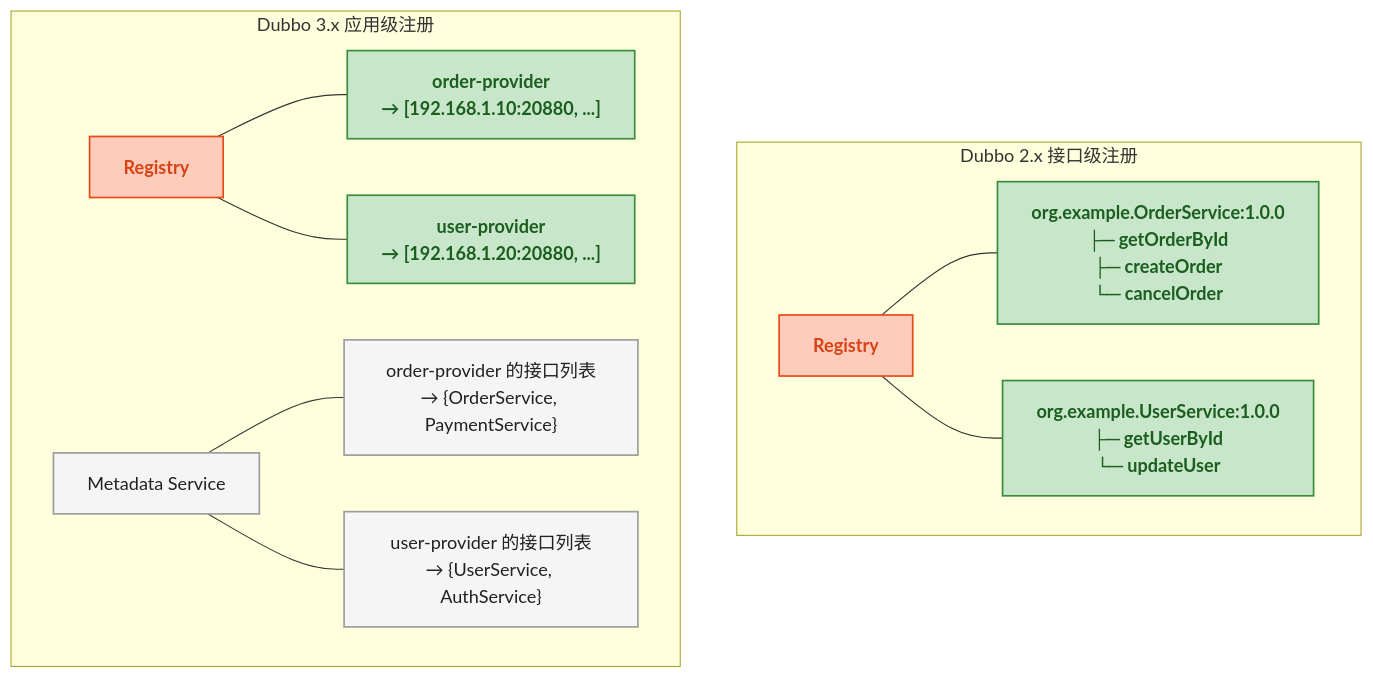
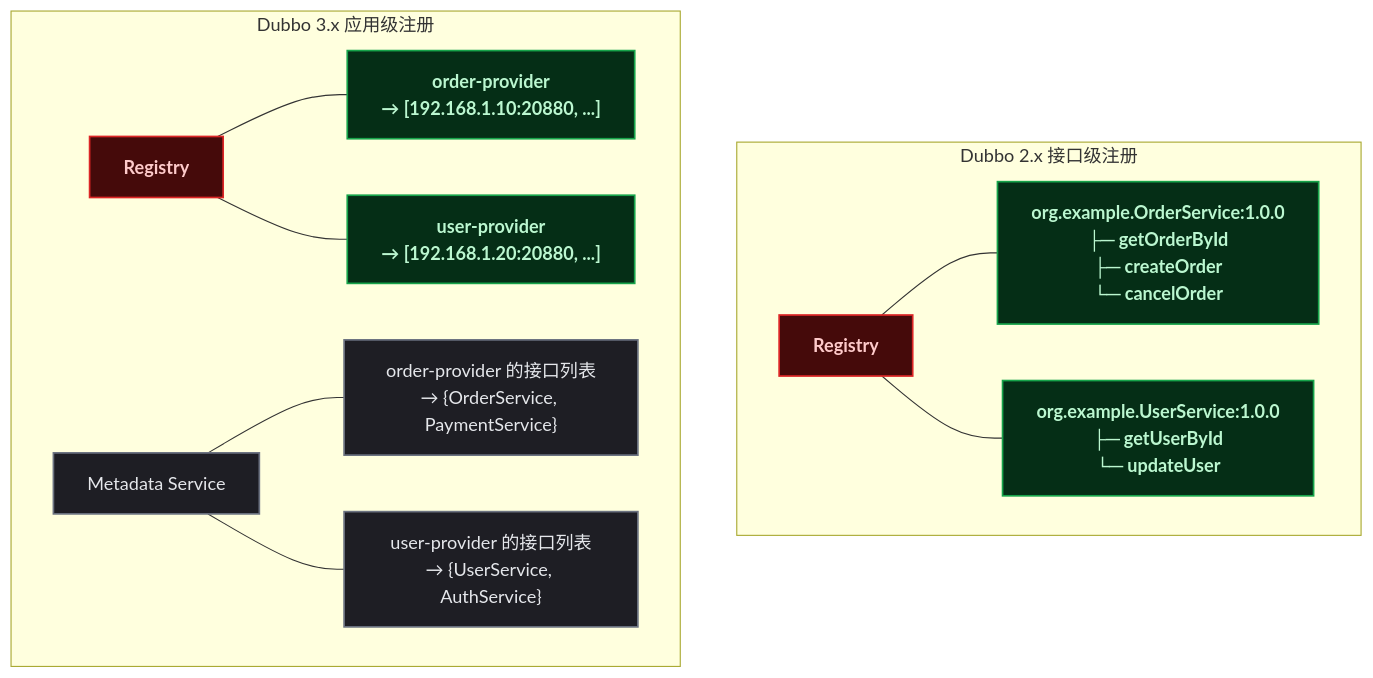
One commit to yaocat55/yaocat55.github.io changed the second of 2 diagrams in content/posts/dubbo/Dubbo3Features.md. Above: the diagram before and after it, drawn with Mermaid. The commit also changed other lines of this file and 155 other files, not shown here.

````diff
--- a/content/posts/dubbo/Dubbo3Features.md
+++ b/content/posts/dubbo/Dubbo3Features.md
@@ -248,24 +248,24 @@
 ```mermaid
 flowchart TD
-    classDef startEnd fill:#F48FB1,stroke:#C2185B,stroke-width:2px,color:#212121,font-weight:bold;
-    classDef process fill:#F5F5F5,stroke:#9E9E9E,stroke-width:1.5px,color:#212121;
-    classDef data fill:#C8E6C9,stroke:#388E3C,stroke-width:1.5px,color:#1B5E20,font-weight:bold;
-    classDef highlight fill:#FFCCBC,stroke:#E64A19,stroke-width:1.5px,color:#D84315,font-weight:bold;
+classDef startEnd fill:#701a4c,stroke:#e11d48,stroke-width:2px,color:#fce7f3,font-weight:bold;
+classDef process fill:#1e1e24,stroke:#6b7280,stroke-width:1.5px,color:#e5e7eb;
+classDef data fill:#052e16,stroke:#16a34a,stroke-width:1.5px,color:#bbf7d0,font-weight:bold;
+classDef highlight fill:#450a0a,stroke:#dc2626,stroke-width:1.5px,color:#fecaca,font-weight:bold;
 
     subgraph LEVEL2 [Dubbo 2.x 接口级注册]
-        REG2[Registry] --- I1["org.example.OrderService:1.0.0<br/>├─ getOrderById<br/>├─ createOrder<br/>└─ cancelOrder"]
-        REG2 --- I2["org.example.UserService:1.0.0<br/>├─ getUserById<br/>└─ updateUser"]
+        REG2[Registry] --- I1["org.example.OrderService:1.0.0\n├─ getOrderById\n├─ createOrder\n└─ cancelOrder"]
+        REG2 --- I2["org.example.UserService:1.0.0\n├─ getUserById\n└─ updateUser"]
     end
 
     subgraph LEVEL3 [Dubbo 3.x 应用级注册]
-        REG3[Registry] --- A1["order-provider<br/>→ [192.168.1.10:20880, ...]"]
-        REG3 --- A2["user-provider<br/>→ [192.168.1.20:20880, ...]"]
-        META[Metadata Service] --- M1["order-provider 的接口列表<br/>→ {OrderService, PaymentService}"]
-        META --- M2["user-provider 的接口列表<br/>→ {UserService, AuthService}"]
+        REG3[Registry] --- A1["order-provider\n→ [192.168.1.10:20880, ...]"]
+        REG3 --- A2["user-provider\n→ [192.168.1.20:20880, ...]"]
+        META[Metadata Service] --- M1["order-provider 的接口列表\n→ {OrderService, PaymentService}"]
+        META --- M2["user-provider 的接口列表\n→ {UserService, AuthService}"]
     end
 
     class REG2,REG3 highlight;
     class I1,I2,A1,A2 data;
     class META process;
     class M1,M2 process;
 ```
````
